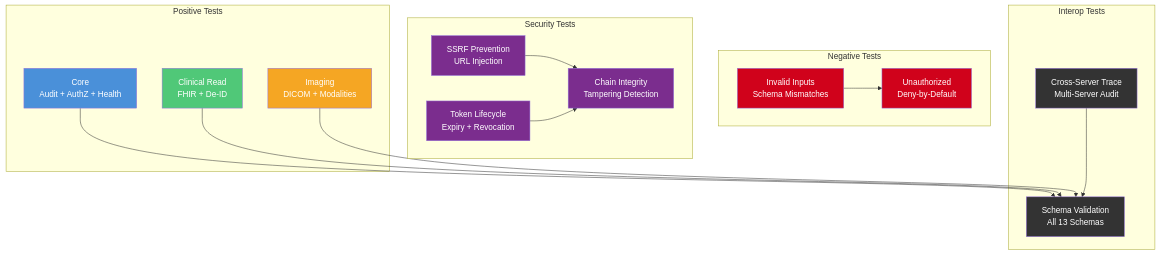
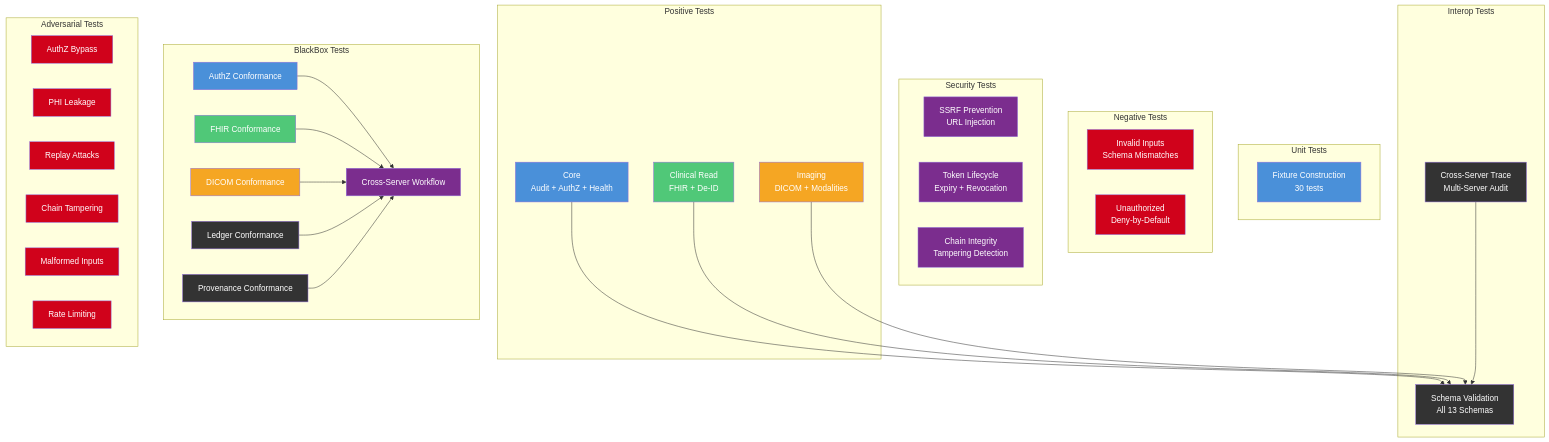
One commit to kevinkawchak/national-mcp-pai-oncology-trials changed the fifth of 11 diagrams in README.md. Above: the diagram before and after it, drawn with Mermaid. The commit also changed other lines of this file and 67 other files, not shown here.

First line of the commit message:
v0.8.0: Phase 3 — Black-Box Conformance, National Interoperability Testbed, and Evidence Generation

````diff
--- a/README.md
+++ b/README.md
@@ -468,43 +526,80 @@
 ```mermaid
 graph TB
+  subgraph Unit Tests
+    UFC[Fixture Construction<br/>30 tests]
+  end
+
   subgraph Positive Tests
     CT[Core<br/>Audit + AuthZ + Health]
     CR[Clinical Read<br/>FHIR + De-ID]
     IM[Imaging<br/>DICOM + Modalities]
   end
 
   subgraph Negative Tests
     II[Invalid Inputs<br/>Schema Mismatches]
     UA[Unauthorized<br/>Deny-by-Default]
   end
 
   subgraph Security Tests
     SS[SSRF Prevention<br/>URL Injection]
     TL[Token Lifecycle<br/>Expiry + Revocation]
     CI[Chain Integrity<br/>Tampering Detection]
   end
 
   subgraph Interop Tests
     XS[Cross-Server Trace<br/>Multi-Server Audit]
     SV[Schema Validation<br/>All 13 Schemas]
   end
 
+  subgraph BlackBox Tests
+    BA[AuthZ Conformance]
+    BF[FHIR Conformance]
+    BD[DICOM Conformance]
+    BL[Ledger Conformance]
+    BP2[Provenance Conformance]
+    BW[Cross-Server Workflow]
+  end
+
+  subgraph Adversarial Tests
+    AB[AuthZ Bypass]
+    PH[PHI Leakage]
+    RP[Replay Attacks]
+    TM[Chain Tampering]
+    MI[Malformed Inputs]
+    RL[Rate Limiting]
+  end
+
   CT --> SV
   CR --> SV
   IM --> SV
-  II --> UA
-  SS --> CI
-  TL --> CI
   XS --> SV
+  BA --> BW
+  BF --> BW
+  BD --> BW
+  BL --> BW
+  BP2 --> BW
 
   style CT fill:#4A90D9,color:#fff
   style CR fill:#50C878,color:#fff
   style IM fill:#F5A623,color:#fff
   style II fill:#D0021B,color:#fff
   style UA fill:#D0021B,color:#fff
   style SS fill:#7B2D8E,color:#fff
   style TL fill:#7B2D8E,color:#fff
   style CI fill:#7B2D8E,color:#fff
   style XS fill:#333,color:#fff
   style SV fill:#333,color:#fff
+  style BA fill:#4A90D9,color:#fff
+  style BF fill:#50C878,color:#fff
+  style BD fill:#F5A623,color:#fff
+  style BL fill:#333,color:#fff
+  style BP2 fill:#333,color:#fff
+  style BW fill:#7B2D8E,color:#fff
+  style AB fill:#D0021B,color:#fff
+  style PH fill:#D0021B,color:#fff
+  style RP fill:#D0021B,color:#fff
+  style TM fill:#D0021B,color:#fff
+  style MI fill:#D0021B,color:#fff
+  style RL fill:#D0021B,color:#fff
+  style UFC fill:#4A90D9,color:#fff
 ```
````
